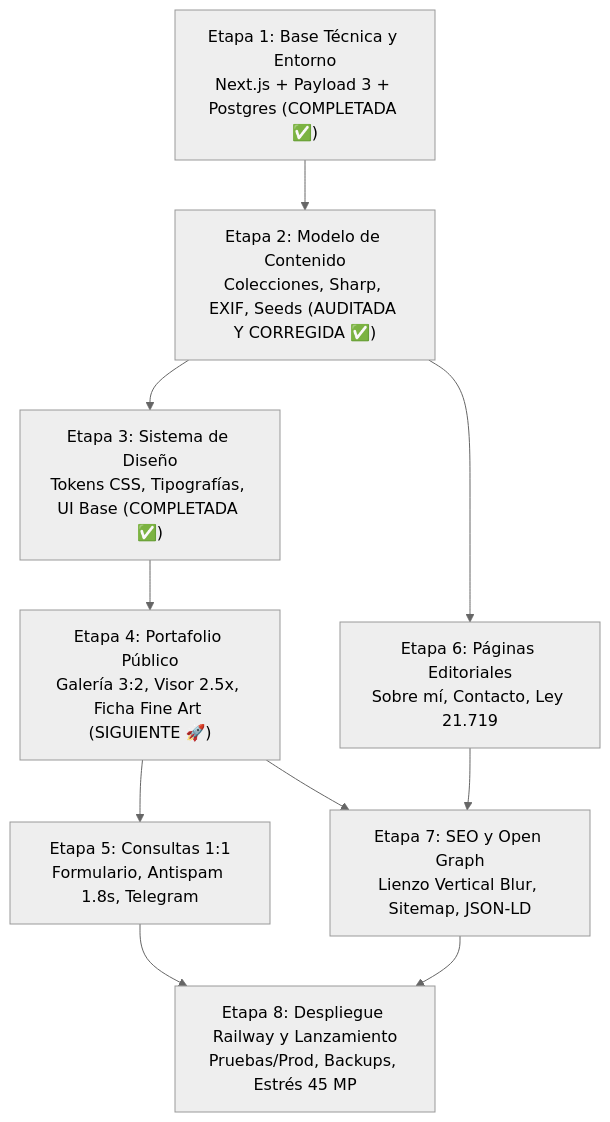
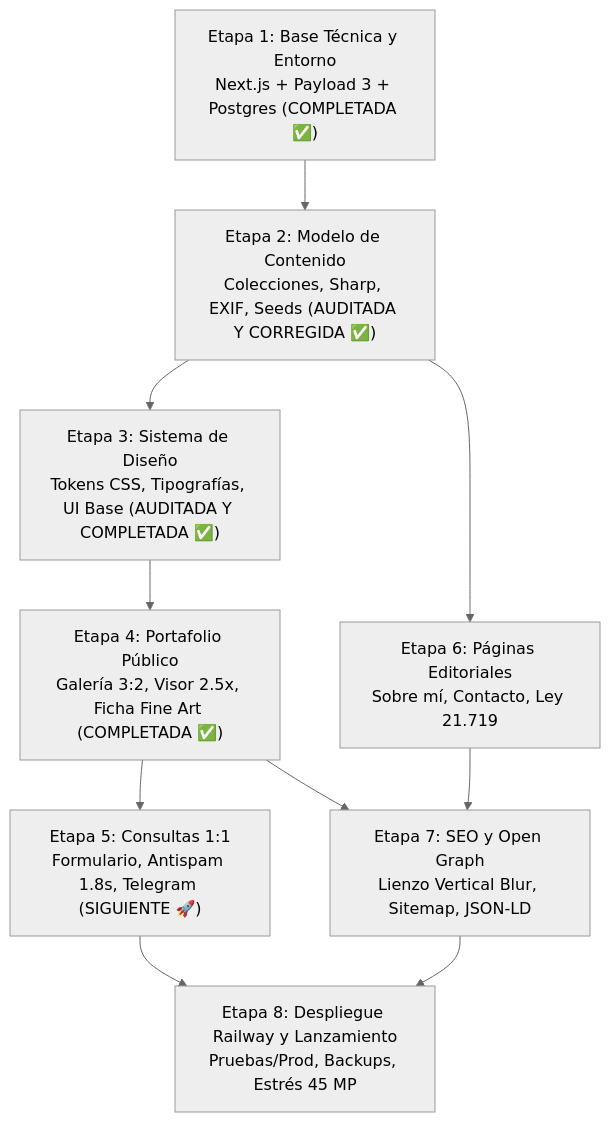
The diagram in DocumentosTecnicos/_PLAN_IMPLEMENTACION.md (RodDiazT/Web_RodDiaz), drawn with Mermaid (neutral theme) before and after one commit. The commit also changed other lines of this file and 60 other files, not shown here.

Commit message:
feat: audita y corrige Etapa 3 y completa desarrollo de Etapa 4 (portafolio público)

````diff
--- a/DocumentosTecnicos/_PLAN_IMPLEMENTACION.md
+++ b/DocumentosTecnicos/_PLAN_IMPLEMENTACION.md
@@ -32,12 +32,12 @@
 ```mermaid
 flowchart TD
     E1["Etapa 1: Base Técnica y Entorno\nNext.js + Payload 3 + Postgres (COMPLETADA ✅)"] --> E2["Etapa 2: Modelo de Contenido\nColecciones, Sharp, EXIF, Seeds (AUDITADA Y CORREGIDA ✅)"]
-    E2 --> E3["Etapa 3: Sistema de Diseño\nTokens CSS, Tipografías, UI Base (COMPLETADA ✅)"]
-    E3 --> E4["Etapa 4: Portafolio Público\nGalería 3:2, Visor 2.5x, Ficha Fine Art (SIGUIENTE 🚀)"]
-    E4 --> E5["Etapa 5: Consultas 1:1\nFormulario, Antispam 1.8s, Telegram"]
+    E2 --> E3["Etapa 3: Sistema de Diseño\nTokens CSS, Tipografías, UI Base (AUDITADA Y COMPLETADA ✅)"]
+    E3 --> E4["Etapa 4: Portafolio Público\nGalería 3:2, Visor 2.5x, Ficha Fine Art (COMPLETADA ✅)"]
+    E4 --> E5["Etapa 5: Consultas 1:1\nFormulario, Antispam 1.8s, Telegram (SIGUIENTE 🚀)"]
     E2 --> E6["Etapa 6: Páginas Editoriales\nSobre mí, Contacto, Ley 21.719"]
     E4 --> E7["Etapa 7: SEO y Open Graph\nLienzo Vertical Blur, Sitemap, JSON-LD"]
     E6 --> E7
     E5 --> E8["Etapa 8: Despliegue Railway y Lanzamiento\nPruebas/Prod, Backups, Estrés 45 MP"]
     E7 --> E8
 ```
````
